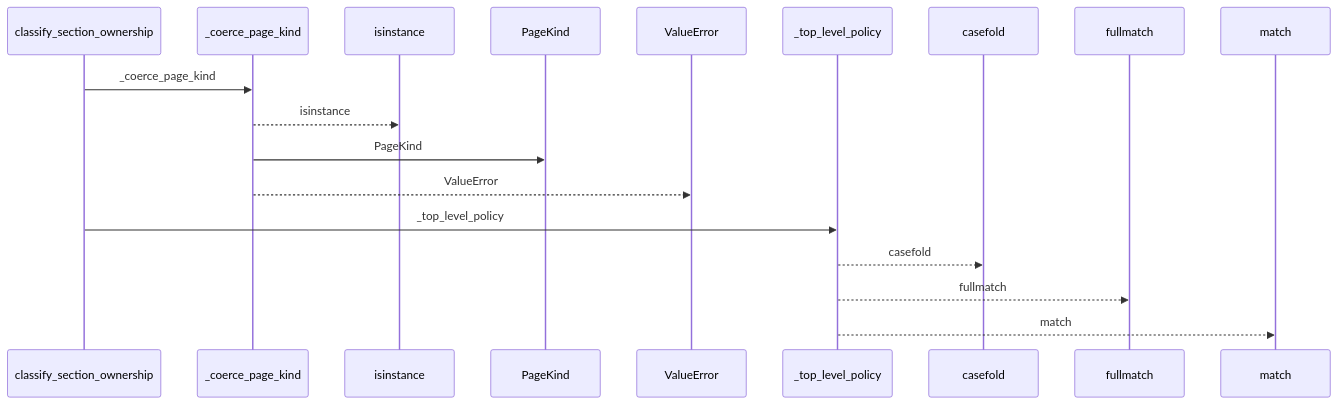
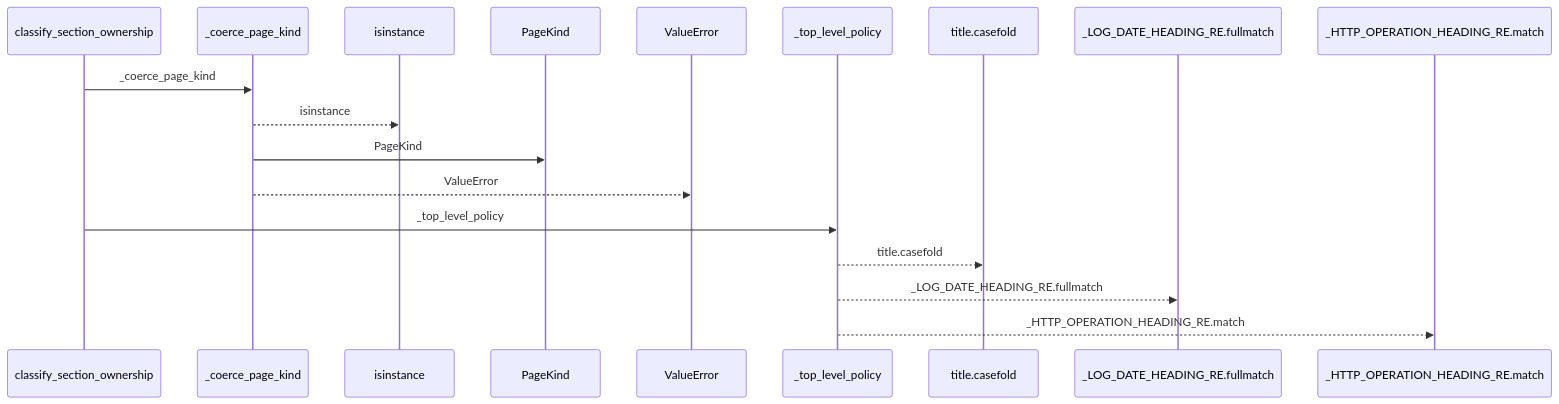
Before and after one commit to Denissvgn/python-wiki-llm: the first of 2 diagrams in docs/llm_wiki/flows/api-classify_section_ownership.md, drawn with Mermaid. The commit also changed other lines of this file and 719 other files, not shown here.

````diff
--- a/docs/llm_wiki/flows/api-classify_section_ownership.md
+++ b/docs/llm_wiki/flows/api-classify_section_ownership.md
@@ -10,20 +10,20 @@
 ```mermaid
 sequenceDiagram
     participant p0 as classify_section_ownership
     participant p1 as _coerce_page_kind
     participant p2 as isinstance
     participant p3 as PageKind
     participant p4 as ValueError
     participant p5 as _top_level_policy
-    participant p6 as casefold
-    participant p7 as fullmatch
-    participant p8 as match
+    participant p6 as title.casefold
+    participant p7 as _LOG_DATE_HEADING_RE.fullmatch
+    participant p8 as _HTTP_OPERATION_HEADING_RE.match
     p0->>p1: _coerce_page_kind
     p1-->>p2: isinstance
     p1->>p3: PageKind
     p1-->>p4: ValueError
     p0->>p5: _top_level_policy
-    p5-->>p6: casefold
-    p5-->>p7: fullmatch
-    p5-->>p8: match
+    p5-->>p6: title.casefold
+    p5-->>p7: _LOG_DATE_HEADING_RE.fullmatch
+    p5-->>p8: _HTTP_OPERATION_HEADING_RE.match
 ```
````
